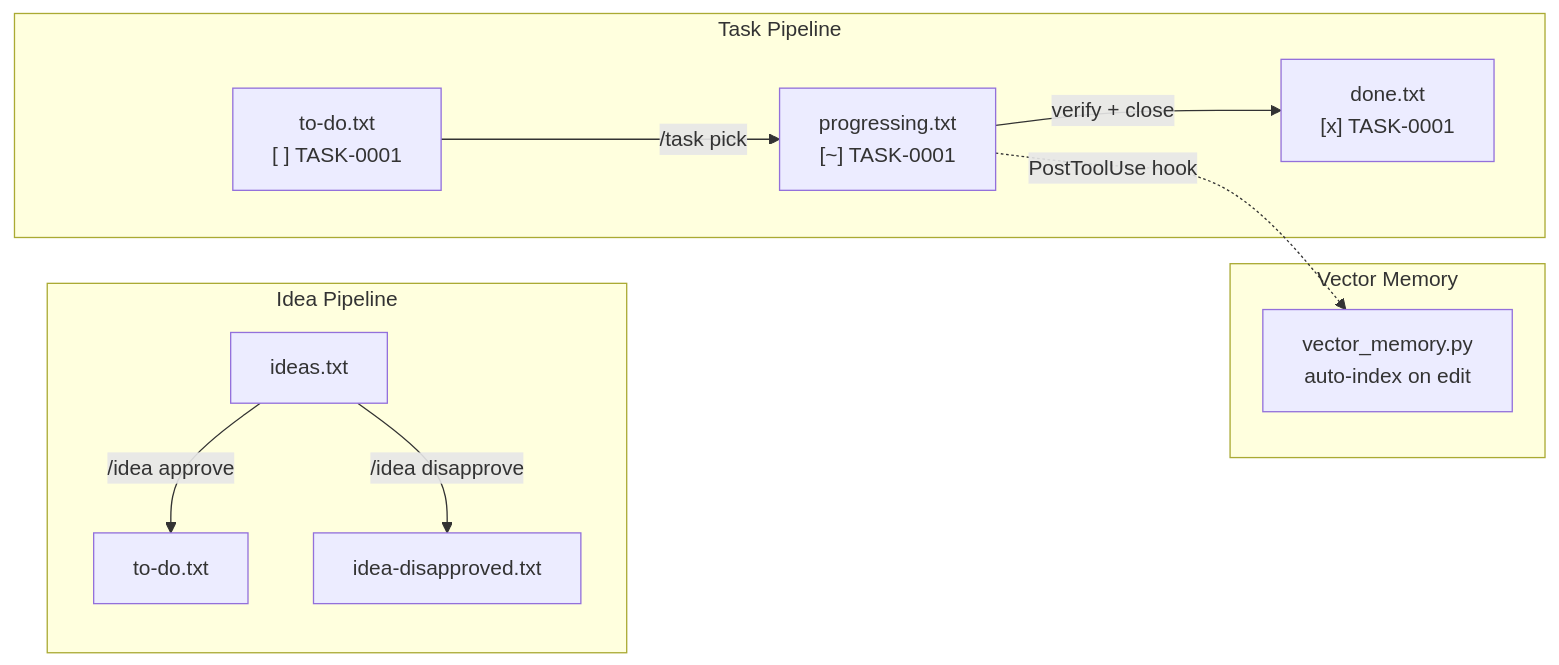
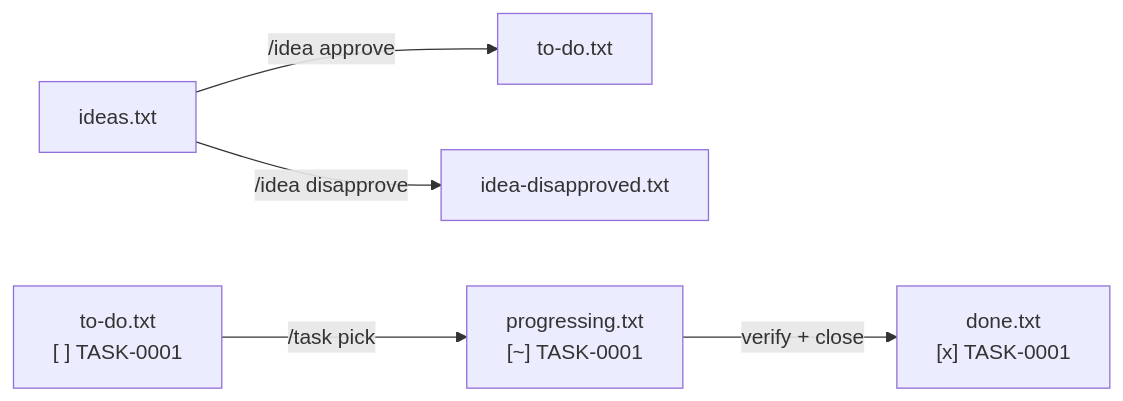
The second of 6 diagrams in docs/architecture.md (dnviti/codeclaw), drawn with Mermaid before and after one commit. The commit also changed other lines of this file and 95 other files, not shown here.

````diff
--- a/docs/architecture.md
+++ b/docs/architecture.md
@@ -327,16 +199,7 @@
 ```mermaid
 flowchart LR
-    subgraph "Idea Pipeline"
-        I1["ideas.txt"] -->|"/idea approve"| I2["to-do.txt"]
-        I1 -->|"/idea disapprove"| I3["idea-disapproved.txt"]
-    end
-
-    subgraph "Task Pipeline"
-        T1["to-do.txt<br>[ ] TASK-0001"] -->|"/task pick"| T2["progressing.txt<br>[~] TASK-0001"]
-        T2 -->|"verify + close"| T3["done.txt<br>[x] TASK-0001"]
-    end
-
-    subgraph "Vector Memory"
-        T2 -.->|"PostToolUse hook"| VM["vector_memory.py<br>auto-index on edit"]
-    end
+    I1["ideas.txt"] -->|"/idea approve"| I2["to-do.txt"]
+    I1 -->|"/idea disapprove"| I3["idea-disapproved.txt"]
+    T1["to-do.txt<br>[ ] TASK-0001"] -->|"/task pick"| T2["progressing.txt<br>[~] TASK-0001"]
+    T2 -->|"verify + close"| T3["done.txt<br>[x] TASK-0001"]
 ```
````
